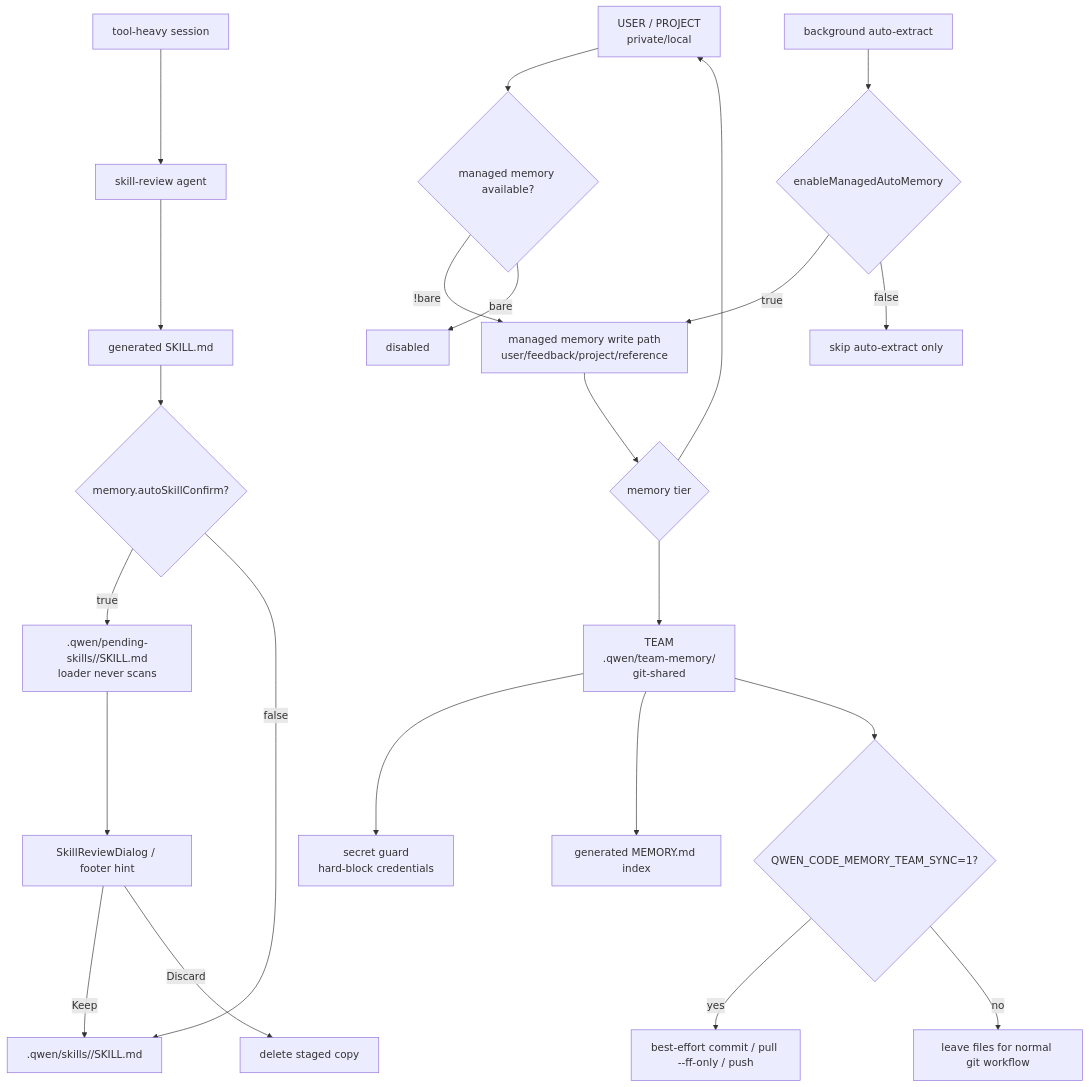
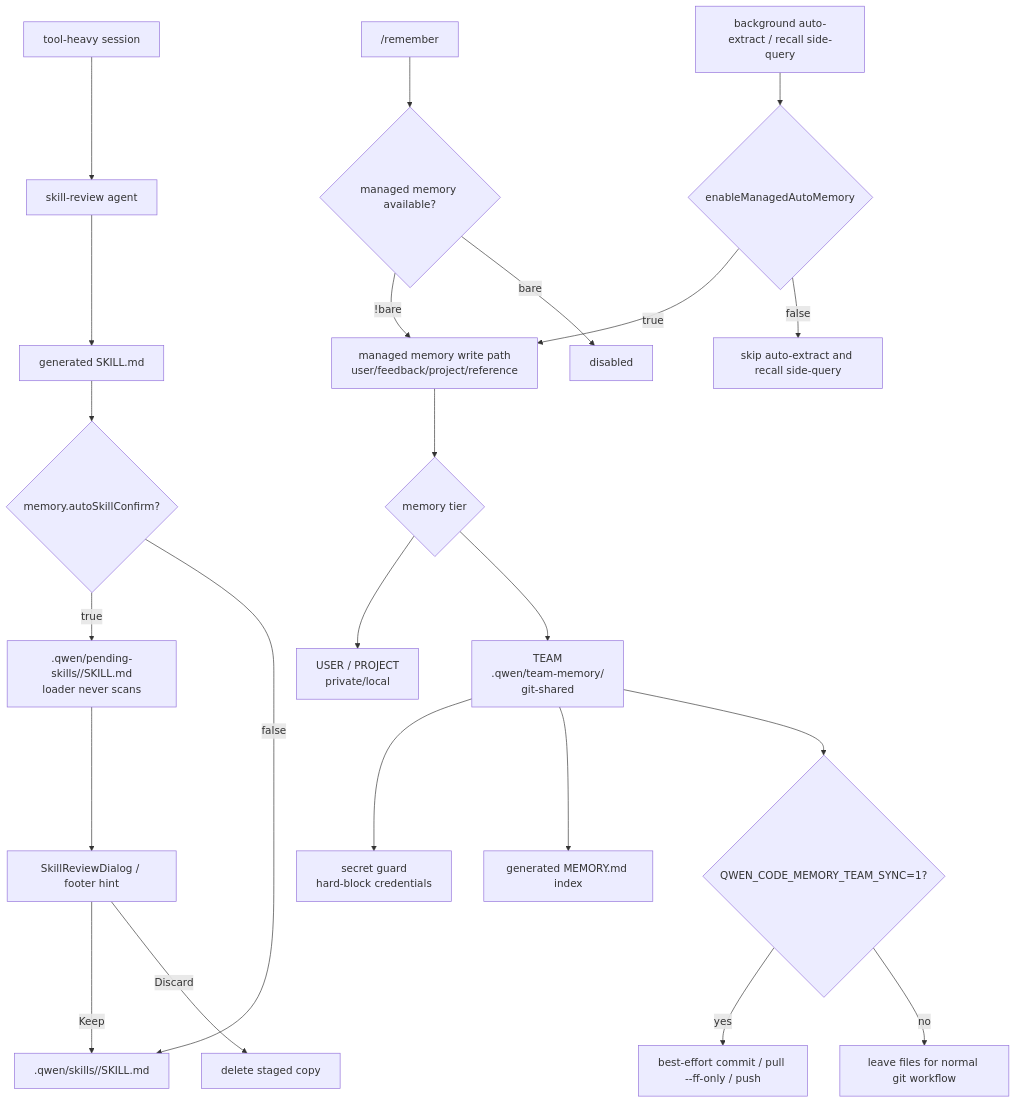
The diagram in qwen-code/feature/managed-memory.md (doudouOUC/code_agent), drawn with Mermaid before and after one commit. The commit also changed other lines of this file and 14 other files, not shown here.

````diff
--- a/qwen-code/feature/managed-memory.md
+++ b/qwen-code/feature/managed-memory.md
@@ -26,26 +27,26 @@
 ```mermaid
 flowchart TB
   TOOL["tool-heavy session"] --> REVIEW["skill-review agent"]
   REVIEW --> GEN["generated SKILL.md"]
   GEN --> CONF{"memory.autoSkillConfirm?"}
   CONF -->|true| PENDING[".qwen/pending-skills/<name>/SKILL.md<br/>loader never scans"]
   CONF -->|false| LIVE[".qwen/skills/<name>/SKILL.md"]
   PENDING --> UI["SkillReviewDialog / footer hint"]
   UI -->|Keep| LIVE
   UI -->|Discard| DROP["delete staged copy"]
 
-  USER["/remember"] --> MANUAL{"managed memory available?"}
+  REMEMBER["/remember"] --> MANUAL{"managed memory available?"}
   MANUAL -->|!bare| MEM["managed memory write path<br/>user/feedback/project/reference"]
   MANUAL -->|bare| DISABLED["disabled"]
-  AUTO["background auto-extract"] --> AUTOFLAG{"enableManagedAutoMemory"}
+  AUTO["background auto-extract / recall side-query"] --> AUTOFLAG{"enableManagedAutoMemory"}
   AUTOFLAG -->|true| MEM
-  AUTOFLAG -->|false| NOAUTO["skip auto-extract only"]
+  AUTOFLAG -->|false| NOAUTO["skip auto-extract and recall side-query"]
   MEM --> TIER{"memory tier"}
-  TIER --> USER["USER / PROJECT<br/>private/local"]
+  TIER --> USERMEM["USER / PROJECT<br/>private/local"]
   TIER --> TEAM["TEAM<br/>.qwen/team-memory/<br/>git-shared"]
   TEAM --> GUARD["secret guard<br/>hard-block credentials"]
   TEAM --> INDEX["generated MEMORY.md index"]
   TEAM --> SYNC{"QWEN_CODE_MEMORY_TEAM_SYNC=1?"}
   SYNC -->|yes| GIT["best-effort commit / pull --ff-only / push"]
   SYNC -->|no| LOCAL["leave files for normal git workflow"]
 ```
````
